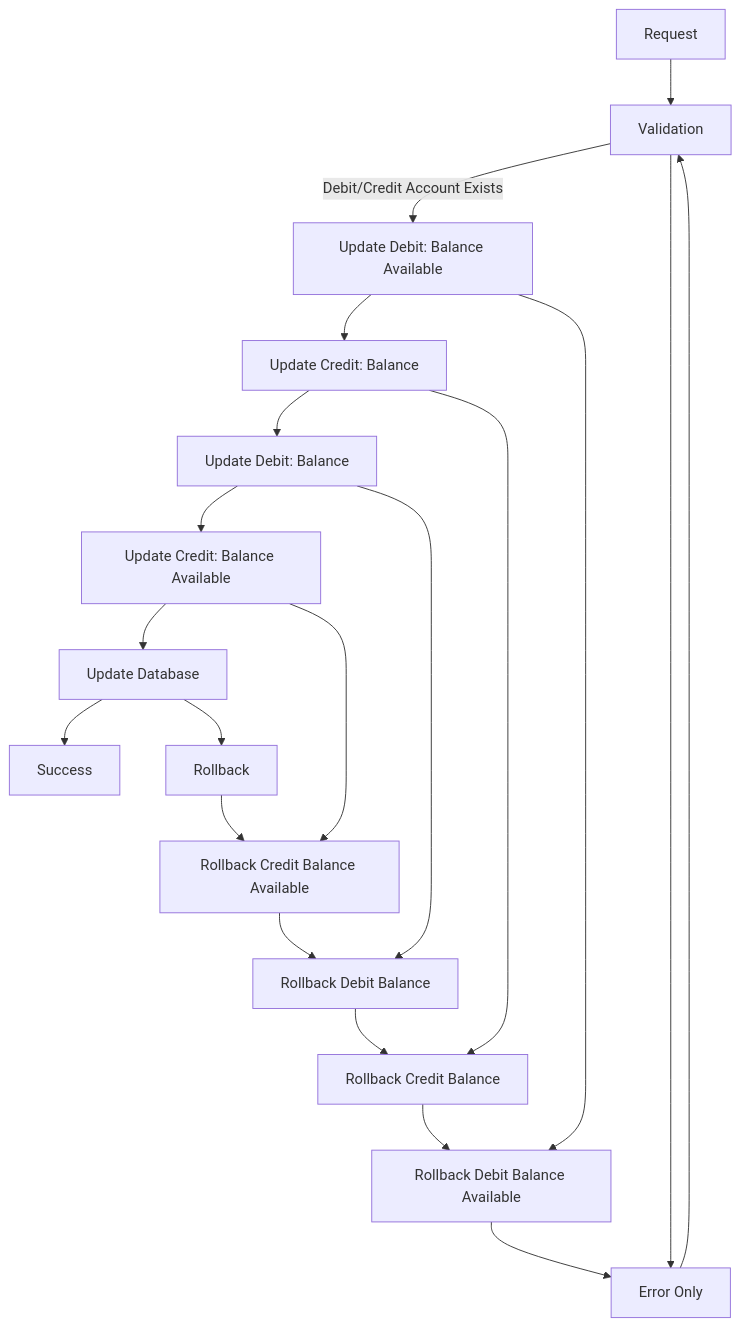
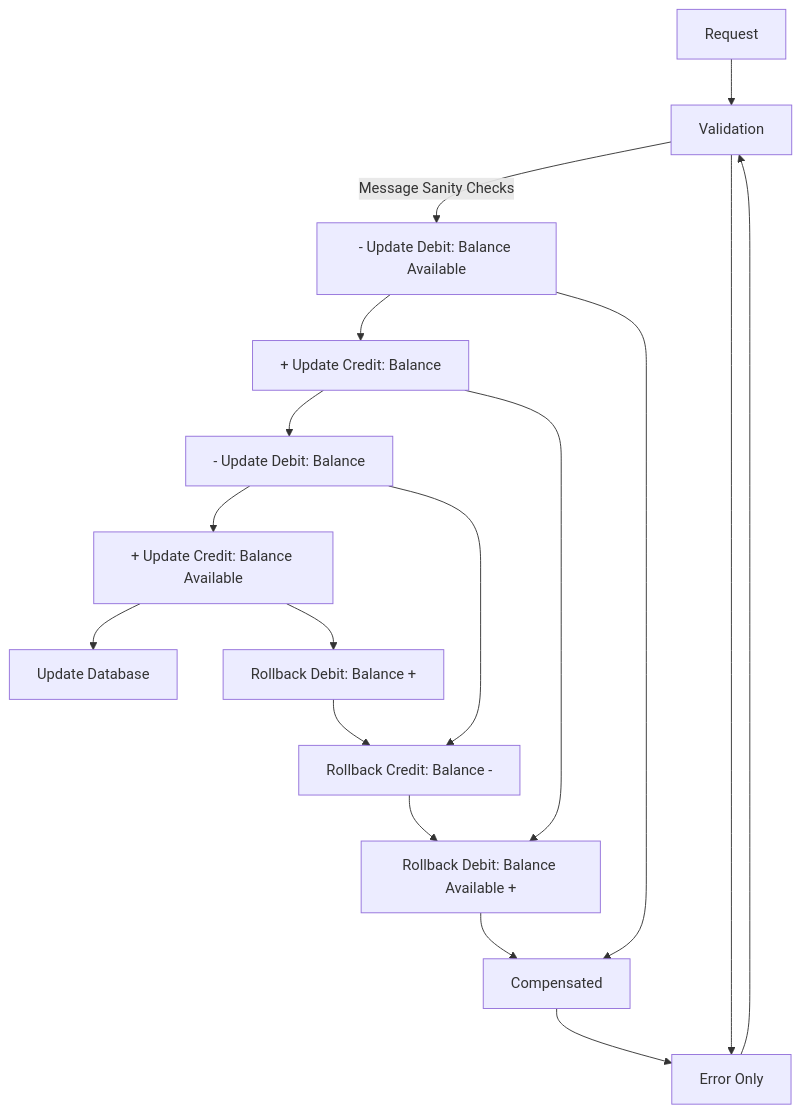
Before and after one commit to jzebedee/SagaBank: the diagram in README.md, drawn with Mermaid.

Commit message:
Update compensation graph

````diff
--- a/README.md
+++ b/README.md
@@ -17,23 +17,20 @@
 ```mermaid
 graph TD
 
 Request --> Validation
 
-Validation -- "Debit/Credit Account Exists" --> UD_BalA[Update Debit: Balance Available]
+Validation -- "Message Sanity Checks" --> UD_BalA[- Update Debit: Balance Available]
 Validation --> V_Fail[Error Only] --> Validation
 
-UD_BalA --> UC_Bal[Update Credit: Balance]
-UD_BalA --> UD_BalA_Fail[Rollback Debit Balance Available] --> V_Fail
+UD_BalA --> UC_Bal[+ Update Credit: Balance]
+UD_BalA --> UD_BalA_Fail[Compensated] --> V_Fail
 
-UC_Bal --> UD_Bal[Update Debit: Balance]
-UC_Bal --> UC_Bal_Fail[Rollback Credit Balance] --> UD_BalA_Fail
+UC_Bal --> UD_Bal[- Update Debit: Balance]
+UC_Bal --> UC_Bal_Fail[Rollback Debit: Balance Available +] --> UD_BalA_Fail
 
-UD_Bal --> UC_BalA[Update Credit: Balance Available]
-UD_Bal --> UD_Bal_Fail[Rollback Debit Balance] --> UC_Bal_Fail
+UD_Bal --> UC_BalA[+ Update Credit: Balance Available]
+UD_Bal --> UD_Bal_Fail[Rollback Credit: Balance -] --> UC_Bal_Fail
 
 UC_BalA --> Upd_DB[Update Database]
-UC_BalA --> UC_BalA_Fail[Rollback Credit Balance Available] --> UD_Bal_Fail
-
-Upd_DB --> Success
-Upd_DB --> Upd_DB_Fail[Rollback] --> UC_BalA_Fail
+UC_BalA --> UC_BalA_Fail[Rollback Debit: Balance +] --> UD_Bal_Fail
 ```
````
